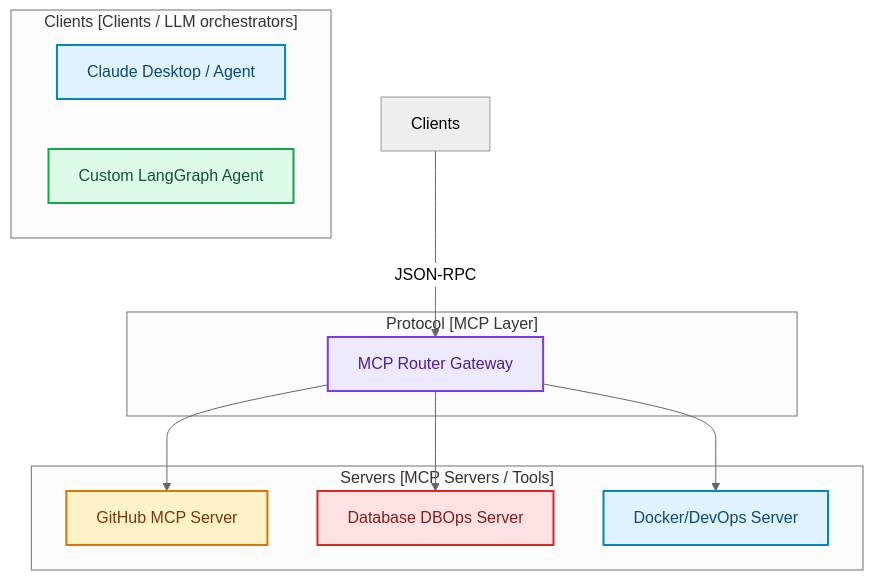
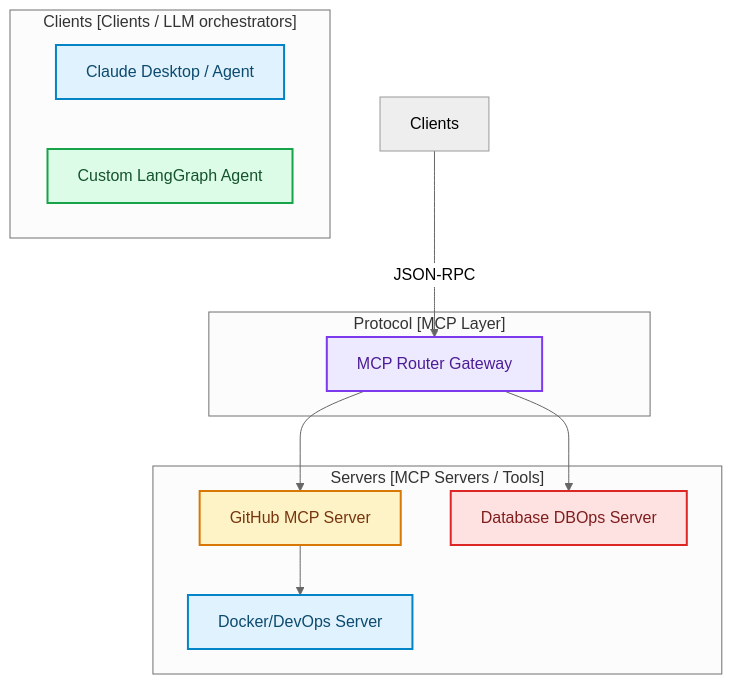
The diagram in blog/posts/mcp-a2a-agent-interoperability.md (akmalkhaniub/akmalkhaniub.github.io), drawn with Mermaid (neutral theme) before and after one commit. The commit also changed other lines of this file and 894 other files, not shown here.

Commit message:
feat(blog): upgrade all 444 posts with unique staggered dates, 2-col Mermaid spines, benchmark tables, code blocks, and trade-offs

````diff
--- a/blog/posts/mcp-a2a-agent-interoperability.md
+++ b/blog/posts/mcp-a2a-agent-interoperability.md
@@ -18,33 +18,33 @@
 ```mermaid
 flowchart TD
     subgraph SG1_ClientsClientsLlm ["Clients [Clients / LLM orchestrators]"]
         Claude["Claude Desktop / Agent"]
         CustomAgent["Custom LangGraph Agent"]
     end
     
     subgraph SG2_ProtocolMcpLayer ["Protocol [MCP Layer]"]
         MCP_Gate["MCP Router Gateway"]
     end
     
     subgraph SG3_ServersMcpServers ["Servers [MCP Servers / Tools]"]
         Git["GitHub MCP Server"]
         DB["Database DBOps Server"]
         DevOps["Docker/DevOps Server"]
     end
     
     Clients -->|JSON-RPC| MCP_Gate
     MCP_Gate --> Git
     MCP_Gate --> DB
-    MCP_Gate --> DevOps
+    Git --> DevOps
 
 classDef green fill:#dcfce7,stroke:#16a34a,stroke-width:2px,color:#14532d;
 classDef red fill:#fee2e2,stroke:#dc2626,stroke-width:2px,color:#7f1d1d;
 classDef blue fill:#e0f2fe,stroke:#0284c7,stroke-width:2px,color:#0c4a6e;
 classDef yellow fill:#fef3c7,stroke:#d97706,stroke-width:2px,color:#78350f;
 classDef purple fill:#ede9fe,stroke:#7c3aed,stroke-width:2px,color:#4c1d95;
 class Claude,DevOps blue
 class CustomAgent green
 class MCP_Gate purple
 class Git yellow
 class DB red
 ```
````
